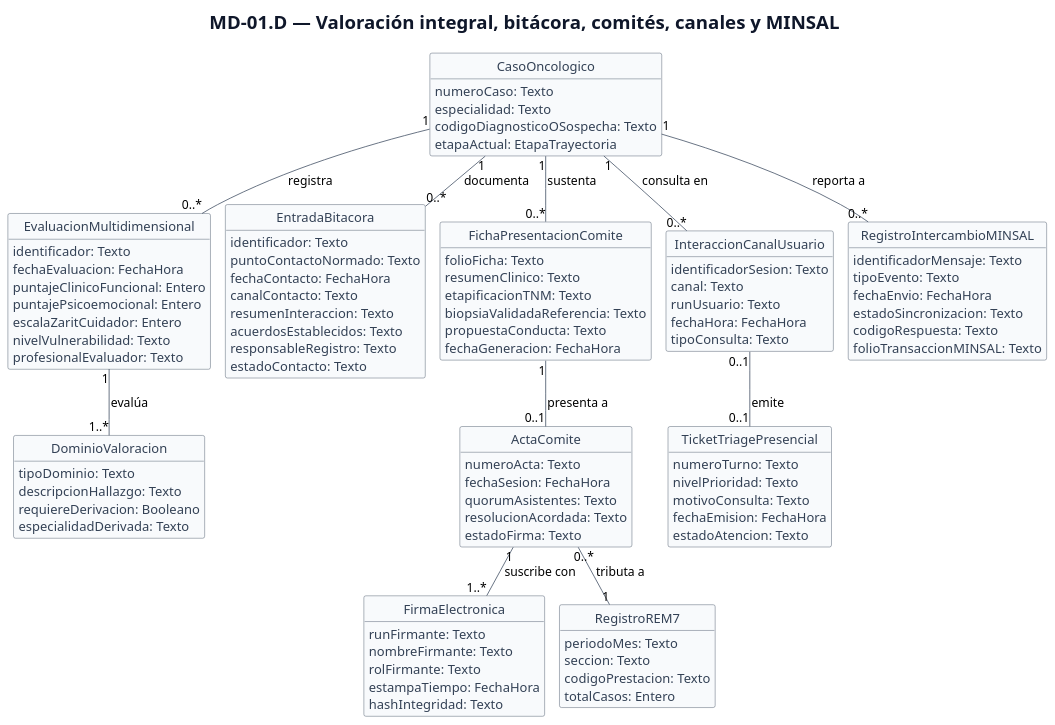
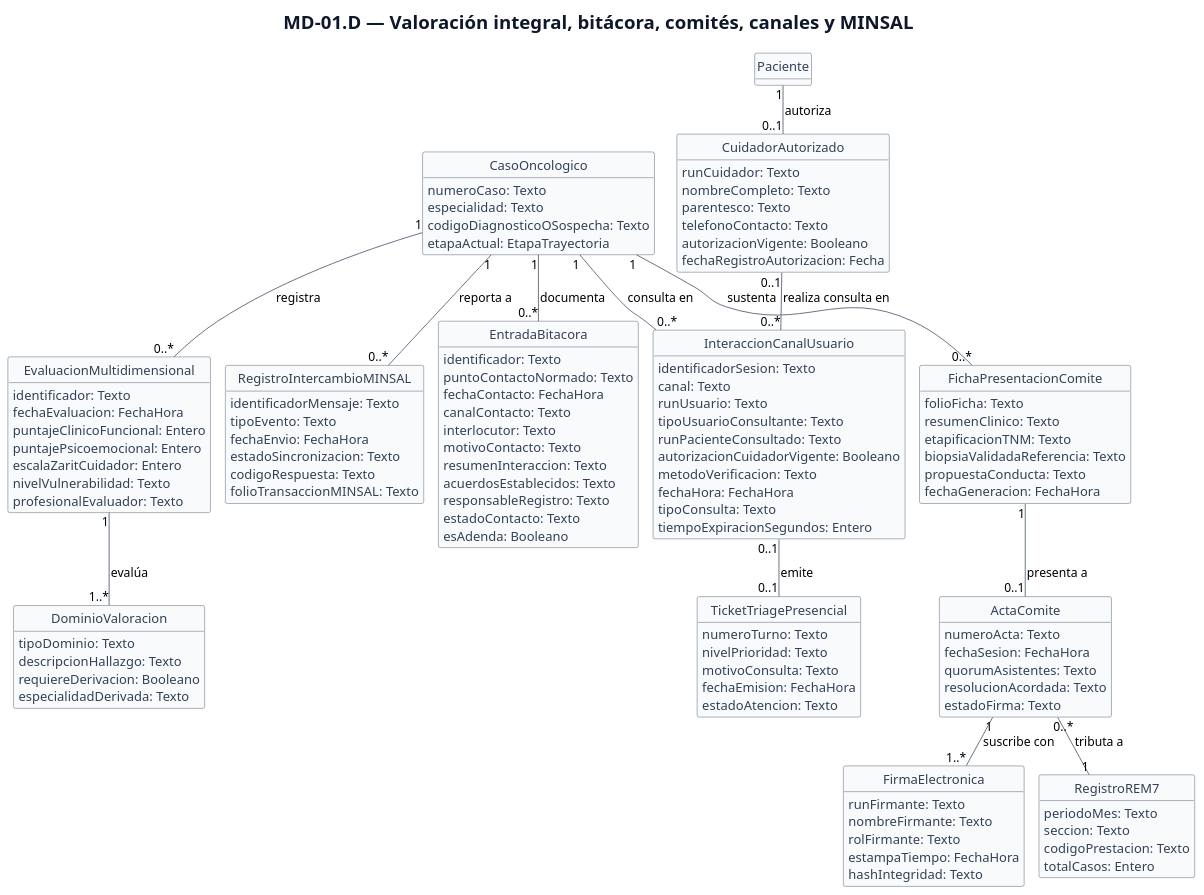
One commit to br1fz/OncoTrace changed the fourth of 4 diagrams in diagramas/modelo-dominio.puml. Above: the diagram before and after it, drawn with PlantUML. The commit also changed 6 other files, not shown here.

```diff
--- a/diagramas/modelo-dominio.puml
+++ b/diagramas/modelo-dominio.puml
@@ -228,127 +228,146 @@
 @startuml vista-valoracion-comites-canales
 !pragma layout smetana
 hide methods
 hide circle
 skinparam backgroundColor white
 skinparam shadowing false
 skinparam classBackgroundColor #F8FAFC
 skinparam classBorderColor #334155
 skinparam classFontColor #0F172A
 skinparam classAttributeFontColor #334155
 skinparam classFontSize 19
 skinparam classAttributeFontSize 16
 skinparam ArrowColor #475569
 skinparam ArrowFontSize 15
 skinparam titleFontSize 23
 skinparam titleFontColor #0F172A
 skinparam defaultFontName SansSerif
 top to bottom direction
 
 title
 MD-01.D — Valoración integral, bitácora, comités, canales y MINSAL
 end title
 
 class CasoOncologico {
   numeroCaso: Texto
   especialidad: Texto
   codigoDiagnosticoOSospecha: Texto
   etapaActual: EtapaTrayectoria
 }
 
 class EvaluacionMultidimensional {
   identificador: Texto
   fechaEvaluacion: FechaHora
   puntajeClinicoFuncional: Entero
   puntajePsicoemocional: Entero
   escalaZaritCuidador: Entero
   nivelVulnerabilidad: Texto
   profesionalEvaluador: Texto
 }
 
 class DominioValoracion {
   tipoDominio: Texto
   descripcionHallazgo: Texto
   requiereDerivacion: Booleano
   especialidadDerivada: Texto
 }
 
 class EntradaBitacora {
   identificador: Texto
   puntoContactoNormado: Texto
   fechaContacto: FechaHora
   canalContacto: Texto
+  interlocutor: Texto
+  motivoContacto: Texto
   resumenInteraccion: Texto
   acuerdosEstablecidos: Texto
   responsableRegistro: Texto
   estadoContacto: Texto
+  esAdenda: Booleano
+}
+
+class CuidadorAutorizado {
+  runCuidador: Texto
+  nombreCompleto: Texto
+  parentesco: Texto
+  telefonoContacto: Texto
+  autorizacionVigente: Booleano
+  fechaRegistroAutorizacion: Fecha
 }
 
 class FichaPresentacionComite {
   folioFicha: Texto
   resumenClinico: Texto
   etapificacionTNM: Texto
   biopsiaValidadaReferencia: Texto
   propuestaConducta: Texto
   fechaGeneracion: FechaHora
 }
 
 class ActaComite {
   numeroActa: Texto
   fechaSesion: FechaHora
   quorumAsistentes: Texto
   resolucionAcordada: Texto
   estadoFirma: Texto
 }
 
 class FirmaElectronica {
   runFirmante: Texto
   nombreFirmante: Texto
   rolFirmante: Texto
   estampaTiempo: FechaHora
   hashIntegridad: Texto
 }
 
 class RegistroREM7 {
   periodoMes: Texto
   seccion: Texto
   codigoPrestacion: Texto
   totalCasos: Entero
 }
 
 class InteraccionCanalUsuario {
   identificadorSesion: Texto
   canal: Texto
   runUsuario: Texto
+  tipoUsuarioConsultante: Texto
+  runPacienteConsultado: Texto
+  autorizacionCuidadorVigente: Booleano
+  metodoVerificacion: Texto
   fechaHora: FechaHora
   tipoConsulta: Texto
+  tiempoExpiracionSegundos: Entero
 }
 
 class TicketTriagePresencial {
   numeroTurno: Texto
   nivelPrioridad: Texto
   motivoConsulta: Texto
   fechaEmision: FechaHora
   estadoAtencion: Texto
 }
 
 class RegistroIntercambioMINSAL {
   identificadorMensaje: Texto
   tipoEvento: Texto
   fechaEnvio: FechaHora
   estadoSincronizacion: Texto
   codigoRespuesta: Texto
   folioTransaccionMINSAL: Texto
 }
 
 CasoOncologico "1" -- "0..*" EvaluacionMultidimensional : registra
 EvaluacionMultidimensional "1" -- "1..*" DominioValoracion : evalúa
 CasoOncologico "1" -- "0..*" EntradaBitacora : documenta
 CasoOncologico "1" -- "0..*" FichaPresentacionComite : sustenta
 FichaPresentacionComite "1" -- "0..1" ActaComite : presenta a
 ActaComite "1" -- "1..*" FirmaElectronica : suscribe con
 ActaComite "0..*" -- "1" RegistroREM7 : tributa a
+Paciente "1" -- "0..1" CuidadorAutorizado : autoriza
+CuidadorAutorizado "0..1" -- "0..*" InteraccionCanalUsuario : realiza consulta en
 CasoOncologico "1" -- "0..*" InteraccionCanalUsuario : consulta en
 InteraccionCanalUsuario "0..1" -- "0..1" TicketTriagePresencial : emite
 CasoOncologico "1" -- "0..*" RegistroIntercambioMINSAL : reporta a
 
 @enduml
```
